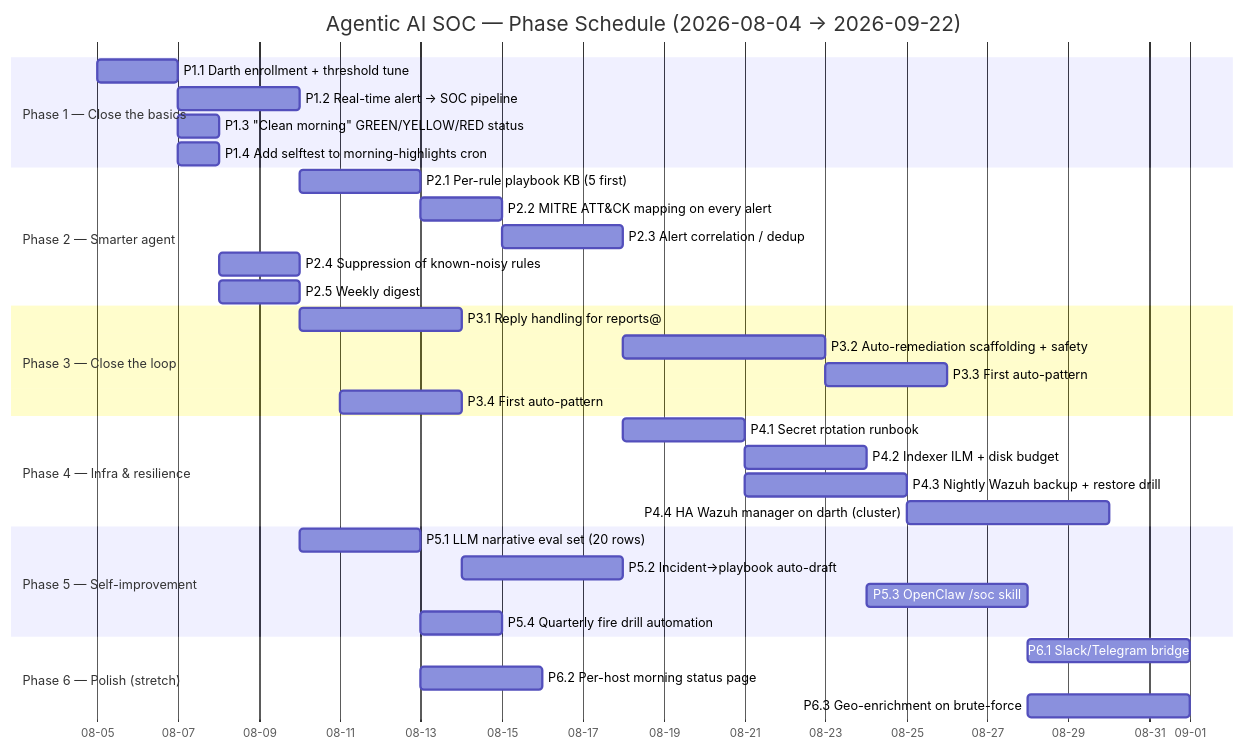
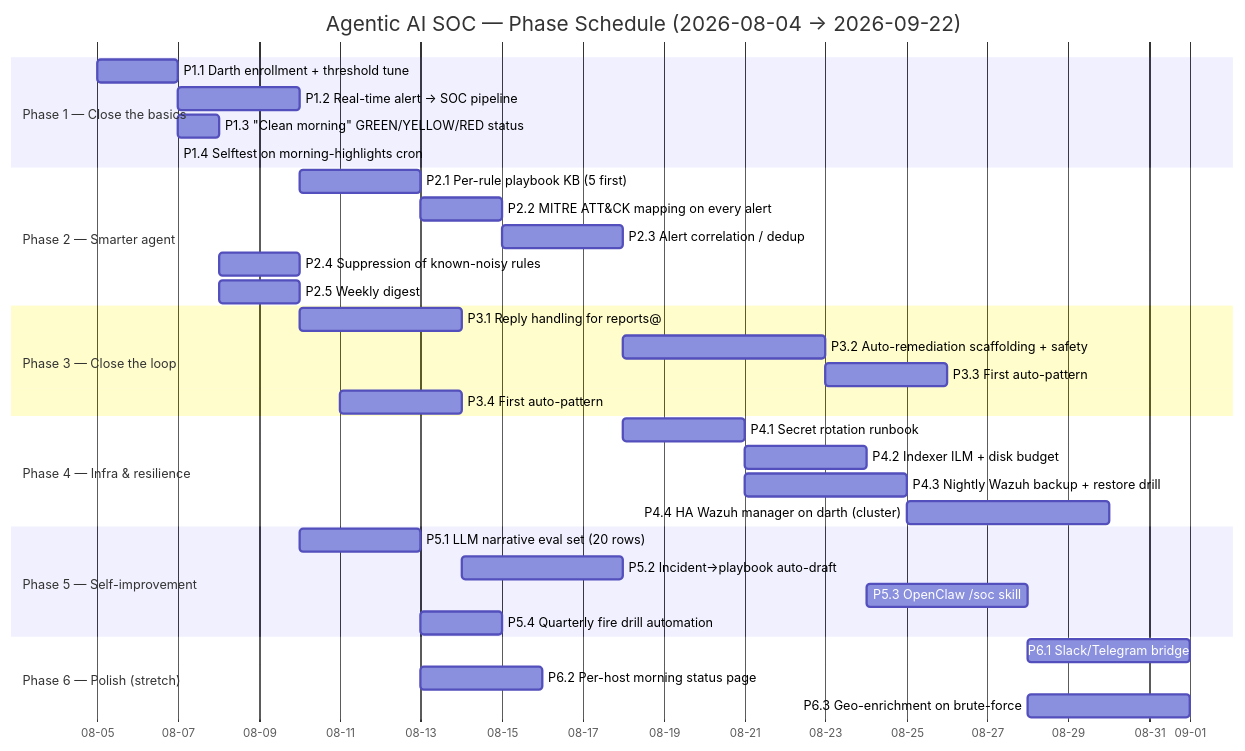
Before and after one commit to dmrobbi/agentic-ai: the diagram in TODO.md, drawn with Mermaid. The commit also changed other lines of this file, not shown here.

First line of the commit message:
docs(agentic-ai): mark Task 1.4 (morning-highlights selftest) DONE

````diff
--- a/TODO.md
+++ b/TODO.md
@@ -42,42 +42,42 @@
 ```mermaid
 gantt
     title Agentic AI SOC — Phase Schedule (2026-08-04 → 2026-09-22)
     dateFormat  YYYY-MM-DD
     axisFormat  %m-%d
 
     section Phase 1 — Close the basics
     P1.1 Darth enrollment + threshold tune        :p1a, 2026-08-05, 2d
     P1.2 Real-time alert → SOC pipeline          :p1b, after p1a, 3d
     P1.3 "Clean morning" GREEN/YELLOW/RED status  :p1c, 2026-08-07, 1d
-    P1.4 Add selftest to morning-highlights cron  :p1d, 2026-08-07, 1d
+    P1.4 Selftest on morning-highlights cron  :p1d, 2026-08-07, 1d  ✓ DONE 2026-08-11
 
     section Phase 2 — Smarter agent
     P2.1 Per-rule playbook KB (5 first)          :p2a, after p1b, 3d
     P2.2 MITRE ATT&CK mapping on every alert     :p2b, after p2a, 2d
     P2.3 Alert correlation / dedup                :p2c, after p2b, 3d
     P2.4 Suppression of known-noisy rules         :p2d, after p1c, 2d
     P2.5 Weekly digest                            :p2e, after p1c, 2d
 
     section Phase 3 — Close the loop
     P3.1 Reply handling for reports@              :p3a, after p1b, 4d
     P3.2 Auto-remediation scaffolding + safety    :p3b, after p2c, 5d
     P3.3 First auto-pattern: brute-force block    :p3c, after p3b, 3d
     P3.4 First auto-pattern: CVE host quarantine :p3d, after p3c, 3d
 
     section Phase 4 — Infra & resilience
     P4.1 Secret rotation runbook                  :p4a, 2026-08-18, 3d
     P4.2 Indexer ILM + disk budget                :p4b, after p4a, 3d
     P4.3 Nightly Wazuh backup + restore drill     :p4c, after p4a, 4d
     P4.4 HA Wazuh manager on darth (cluster)      :p4d, after p4c, 5d
 
     section Phase 5 — Self-improvement
     P5.1 LLM narrative eval set (20 rows)         :p5a, after p2e, 3d
     P5.2 Incident→playbook auto-draft             :p5b, after p3a, 4d
     P5.3 OpenClaw /soc skill                      :p5c, after p4b, 4d
     P5.4 Quarterly fire drill automation           :p5d, after p5a, 2d
 
     section Phase 6 — Polish (stretch)
     P6.1 Slack/Telegram bridge                   :p6a, after p5c, 4d
     P6.2 Per-host morning status page             :p6b, after p5a, 3d
     P6.3 Geo-enrichment on brute-force            :p6c, after p5c, 4d
 ```
````
